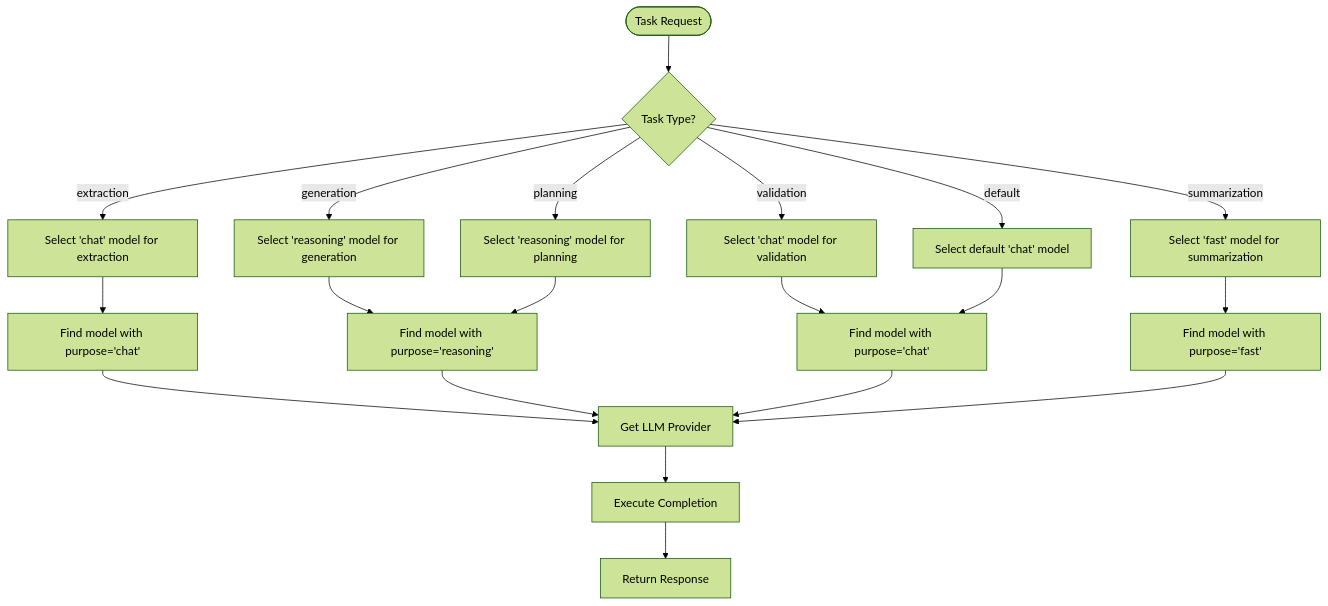
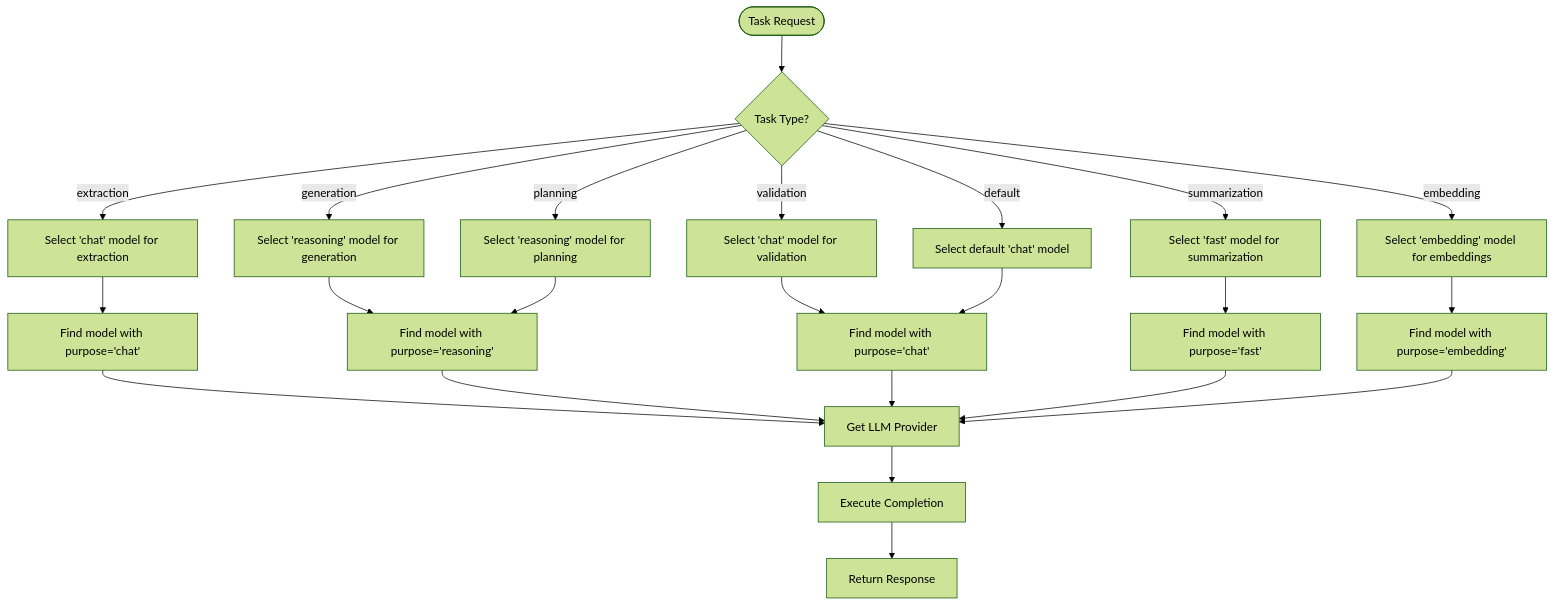
Before and after one commit to liwonder/NARRITIVE_OS: the second of 9 diagrams in .qoder/repowiki/en/content/AI Agent System/Memory Extractor Agent.md, drawn with Mermaid (forest theme). The commit also changed other lines of this file and 78 other files, not shown here.

````diff
--- a/.qoder/repowiki/en/content/AI Agent System/Memory Extractor Agent.md
+++ b/.qoder/repowiki/en/content/AI Agent System/Memory Extractor Agent.md
@@ -116,22 +120,25 @@
 ```mermaid
 flowchart TD
 Start([Task Request]) --> TaskCheck{"Task Type?"}
 TaskCheck --> |extraction| ExtractModel["Select 'chat' model for extraction"]
 TaskCheck --> |generation| GenModel["Select 'reasoning' model for generation"]
 TaskCheck --> |validation| ValModel["Select 'chat' model for validation"]
 TaskCheck --> |summarization| SumModel["Select 'fast' model for summarization"]
 TaskCheck --> |planning| PlanModel["Select 'reasoning' model for planning"]
+TaskCheck --> |embedding| EmbModel["Select 'embedding' model for embeddings"]
 TaskCheck --> |default| DefModel["Select default 'chat' model"]
 ExtractModel --> ModelLookup["Find model with purpose='chat'"]
 GenModel --> ReasoningLookup["Find model with purpose='reasoning'"]
 ValModel --> ChatLookup["Find model with purpose='chat'"]
 SumModel --> FastLookup["Find model with purpose='fast'"]
 PlanModel --> ReasoningLookup
+EmbModel --> EmbLookup["Find model with purpose='embedding'"]
 DefModel --> ChatLookup
 ModelLookup --> Provider["Get LLM Provider"]
 ReasoningLookup --> Provider
 ChatLookup --> Provider
 FastLookup --> Provider
+EmbLookup --> Provider
 Provider --> Execute[Execute Completion]
 Execute --> Response[Return Response]
 ```
````
